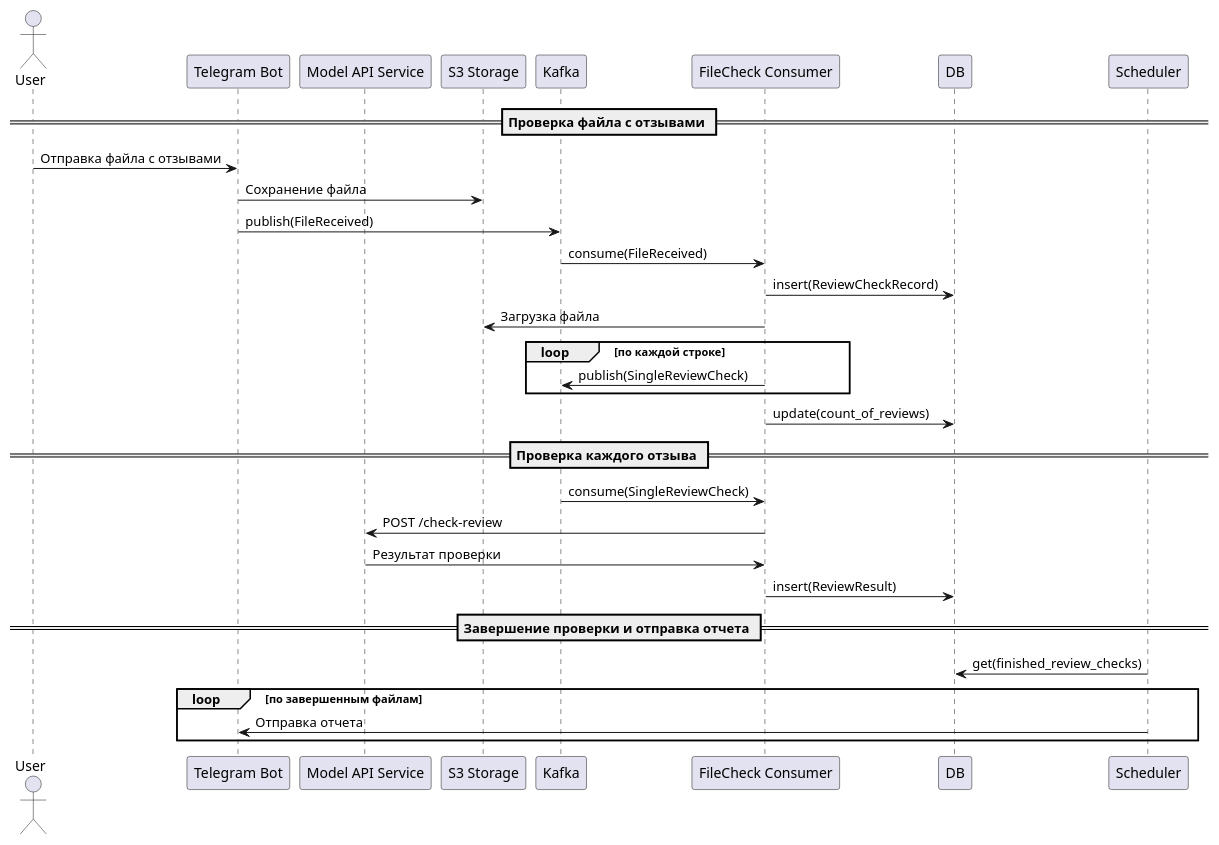
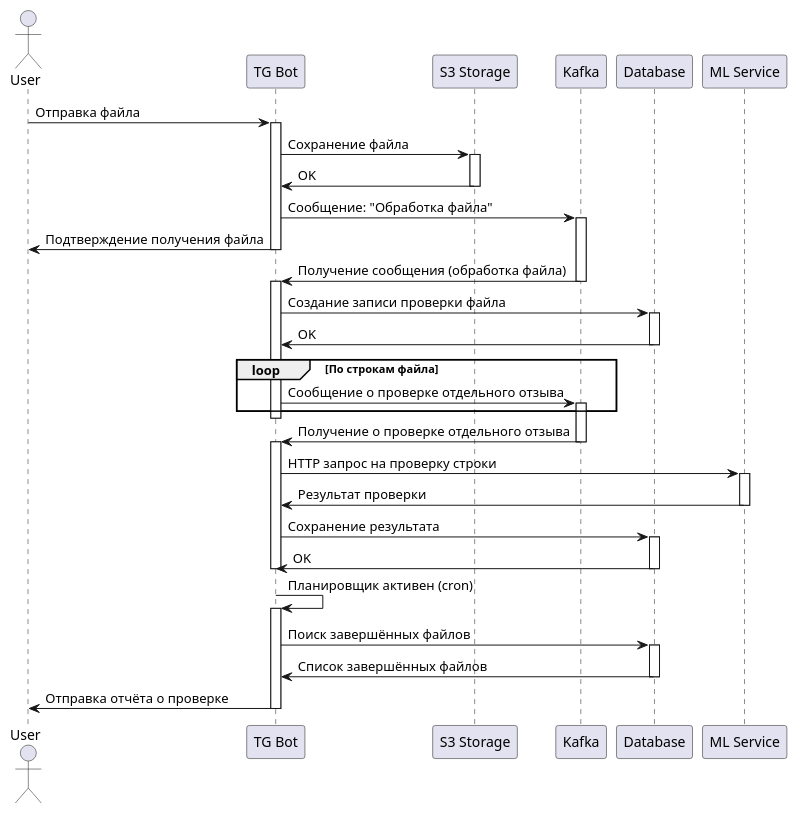
The diagram in SeqDiagram.puml (aplavina/reviewcheckbot), drawn with PlantUML before and after one commit. The commit also changed 3 other files, not shown here.

```diff
--- a/SeqDiagram.puml
+++ b/SeqDiagram.puml
@@ -1,35 +1,59 @@
 @startuml
 actor User
-participant "Telegram Bot" as Bot
-participant "Model API Service" as Model
+participant "TG Bot" as Bot
 participant "S3 Storage" as S3
 participant "Kafka" as Kafka
-participant "FileCheck Consumer" as FileConsumer
-participant "DB" as Database
-participant "Scheduler" as Scheduler
+participant "Database" as DB
+participant "ML Service" as ML
 
-== Проверка файла с отзывами ==
-User -> Bot : Отправка файла с отзывами
+
+User -> Bot : Отправка файла
+activate Bot
 Bot -> S3 : Сохранение файла
-Bot -> Kafka : publish(FileReceived)
+activate S3
+S3 -> Bot : OK
+deactivate S3
+Bot -> Kafka : Сообщение: "Обработка файла"
+activate Kafka
+Bot -> User : Подтверждение получения файла
+deactivate Bot
 
-Kafka -> FileConsumer : consume(FileReceived)
-FileConsumer -> Database : insert(ReviewCheckRecord)
-FileConsumer -> S3 : Загрузка файла
-loop по каждой строке
-    FileConsumer -> Kafka : publish(SingleReviewCheck)
+
+Kafka -> Bot : Получение сообщения (обработка файла)
+deactivate Kafka
+activate Bot
+Bot -> DB : Создание записи проверки файла
+activate DB
+DB -> Bot : OK
+deactivate DB
+loop По строкам файла
+    Bot -> Kafka : Сообщение о проверке отдельного отзыва
+    activate Kafka
 end
-FileConsumer -> Database : update(count_of_reviews)
+deactivate Bot
 
-== Проверка каждого отзыва ==
-Kafka -> FileConsumer : consume(SingleReviewCheck)
-FileConsumer -> Model : POST /check-review
-Model -> FileConsumer : Результат проверки
-FileConsumer -> Database : insert(ReviewResult)
 
-== Завершение проверки и отправка отчета ==
-Scheduler -> Database : get(finished_review_checks)
-loop по завершенным файлам
-    Scheduler -> Bot : Отправка отчета
-end
+Kafka -> Bot : Получение о проверке отдельного отзыва
+deactivate Kafka
+activate Bot
+Bot -> ML : HTTP запрос на проверку строки
+activate ML
+ML -> Bot : Результат проверки
+deactivate ML
+Bot -> DB : Сохранение результата
+activate DB
+DB -> Bot : OK
+deactivate DB
+deactivate Bot
+
+
+Bot -> Bot : Планировщик активен (cron)
+activate Bot
+Bot -> DB : Поиск завершённых файлов
+activate DB
+DB -> Bot : Список завершённых файлов
+deactivate DB
+Bot -> User : Отправка отчёта о проверке
+deactivate Bot
+
 @enduml
```
